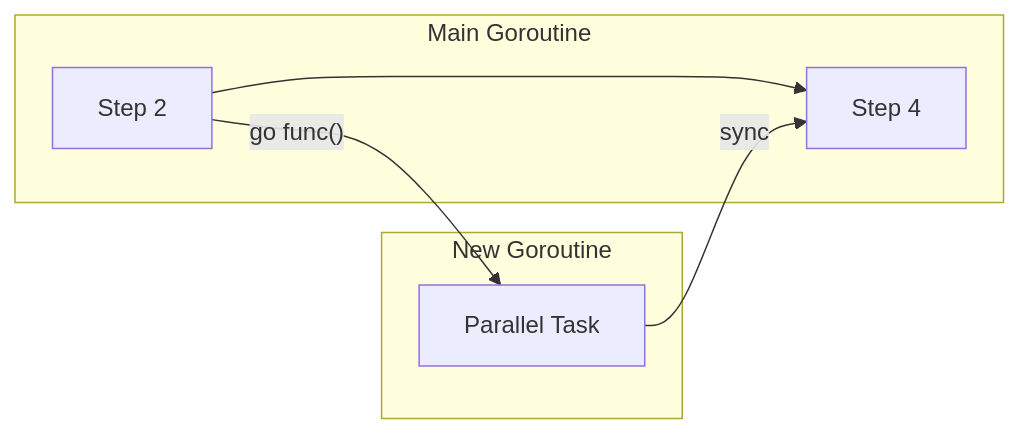
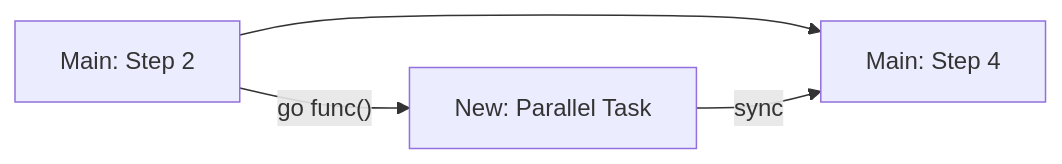
One commit to romangurevitch/GoTraining changed the first of 2 diagrams in internal/basics/concurrency/README.md. Above: the diagram before and after it, drawn with Mermaid. The commit also changed other lines of this file, not shown here.

Commit message:
docs: fix concurrency diagrams to flow left-to-right

````diff
--- a/internal/basics/concurrency/README.md
+++ b/internal/basics/concurrency/README.md
@@ -12,11 +12,6 @@
 ```mermaid
 flowchart LR
-    subgraph Main["Main Goroutine"]
-        S2[Step 2] --> S4[Step 4]
-    end
-    subgraph New["New Goroutine"]
-        PT[Parallel Task]
-    end
-    S2 --"go func()"--> PT
+    S2["Main: Step 2"] --> S4["Main: Step 4"]
+    S2 --"go func()"--> PT["New: Parallel Task"]
     PT --"sync"--> S4
 ```
````
